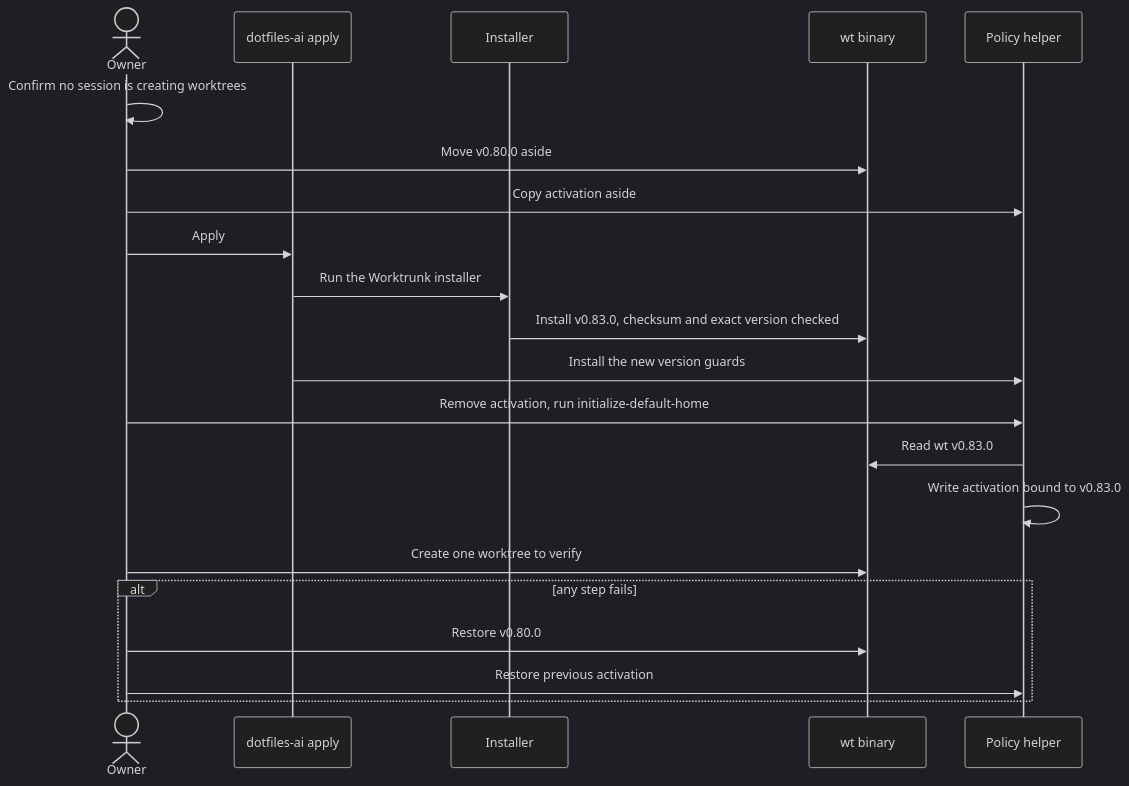
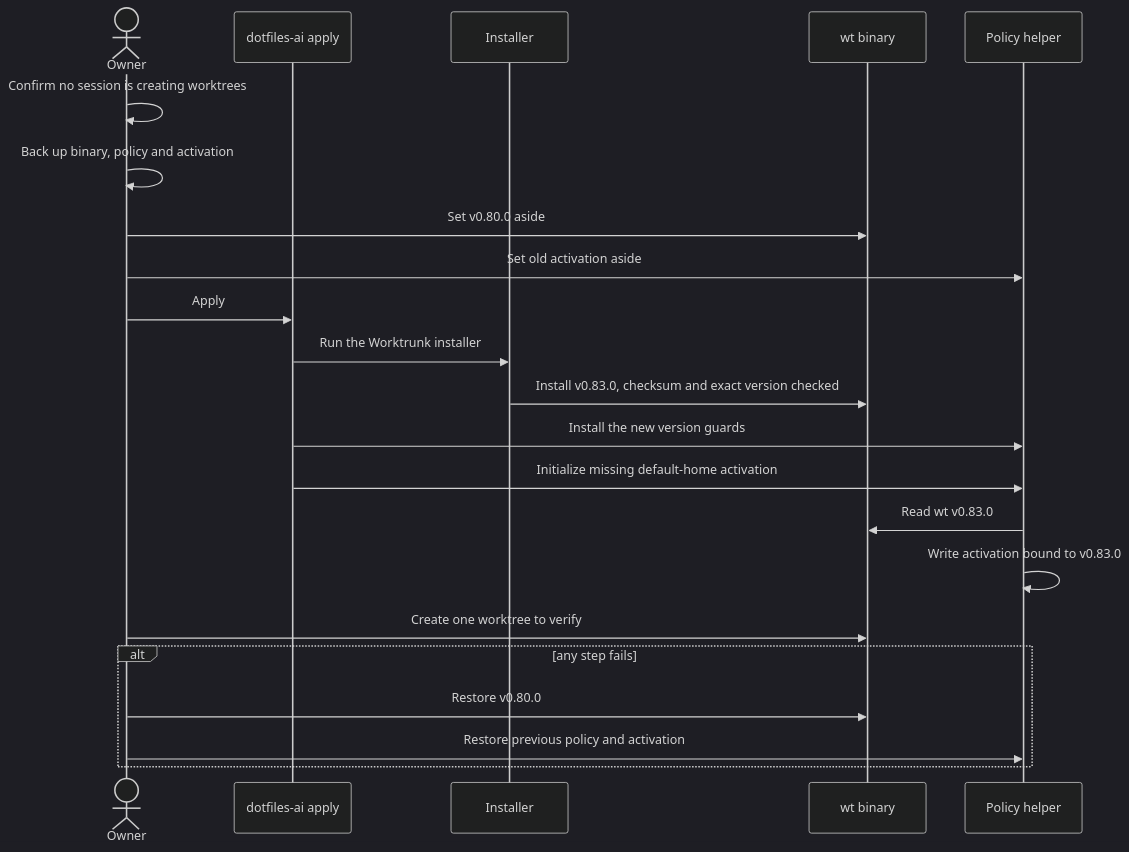
One commit to Saltiola7/dotfiles-ai changed the diagram in docs/specs/dotfiles_ai_distribution/features/worktrunk-upgrade.md. Above: the diagram before and after it, drawn with Mermaid (dark theme). The commit also changed other lines of this file and 2 other files, not shown here.

````diff
--- a/docs/specs/dotfiles_ai_distribution/features/worktrunk-upgrade.md
+++ b/docs/specs/dotfiles_ai_distribution/features/worktrunk-upgrade.md
@@ -148,26 +153,27 @@
 ```mermaid
 sequenceDiagram
     accTitle: Worktrunk upgrade on the Linux workstation
-    accDescr: The owner confirms a quiet window, moves the old binary and activation aside, applies to install v0.83.0, re-activates once and verifies. Any failed step restores the two moved files.
+    accDescr: The owner verifies three rollback files, sets the binary and activation aside, and applies. The default-home hook activates once. On failure the owner restores the three preimages and verifies allocation.
 
     actor O as Owner
     participant A as dotfiles-ai apply
     participant I as Installer
     participant W as wt binary
     participant P as Policy helper
     O->>O: Confirm no session is creating worktrees
-    O->>W: Move v0.80.0 aside
-    O->>P: Copy activation aside
+    O->>O: Back up binary, policy and activation
+    O->>W: Set v0.80.0 aside
+    O->>P: Set old activation aside
     O->>A: Apply
     A->>I: Run the Worktrunk installer
     I->>W: Install v0.83.0, checksum and exact version checked
     A->>P: Install the new version guards
-    O->>P: Remove activation, run initialize-default-home
+    A->>P: Initialize missing default-home activation
     P->>W: Read wt v0.83.0
     P->>P: Write activation bound to v0.83.0
     O->>W: Create one worktree to verify
     alt any step fails
         O->>W: Restore v0.80.0
-        O->>P: Restore previous activation
+        O->>P: Restore previous policy and activation
     end
 ```
````
